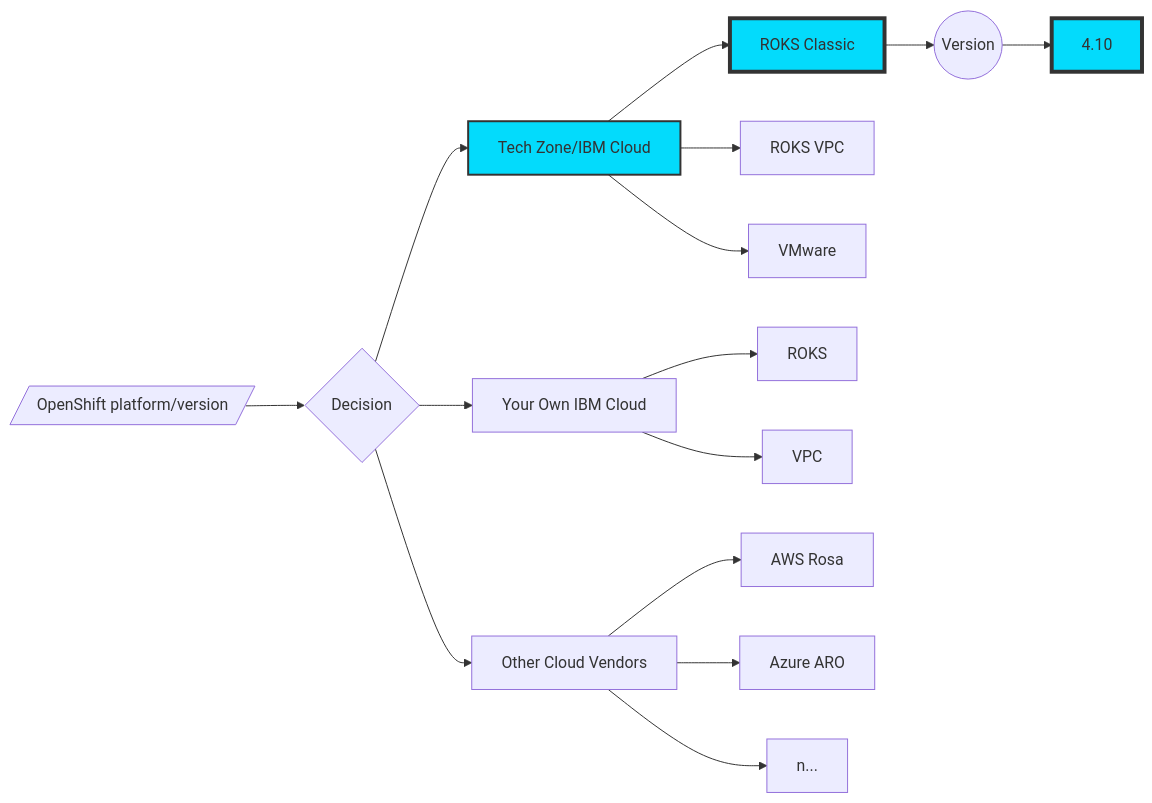
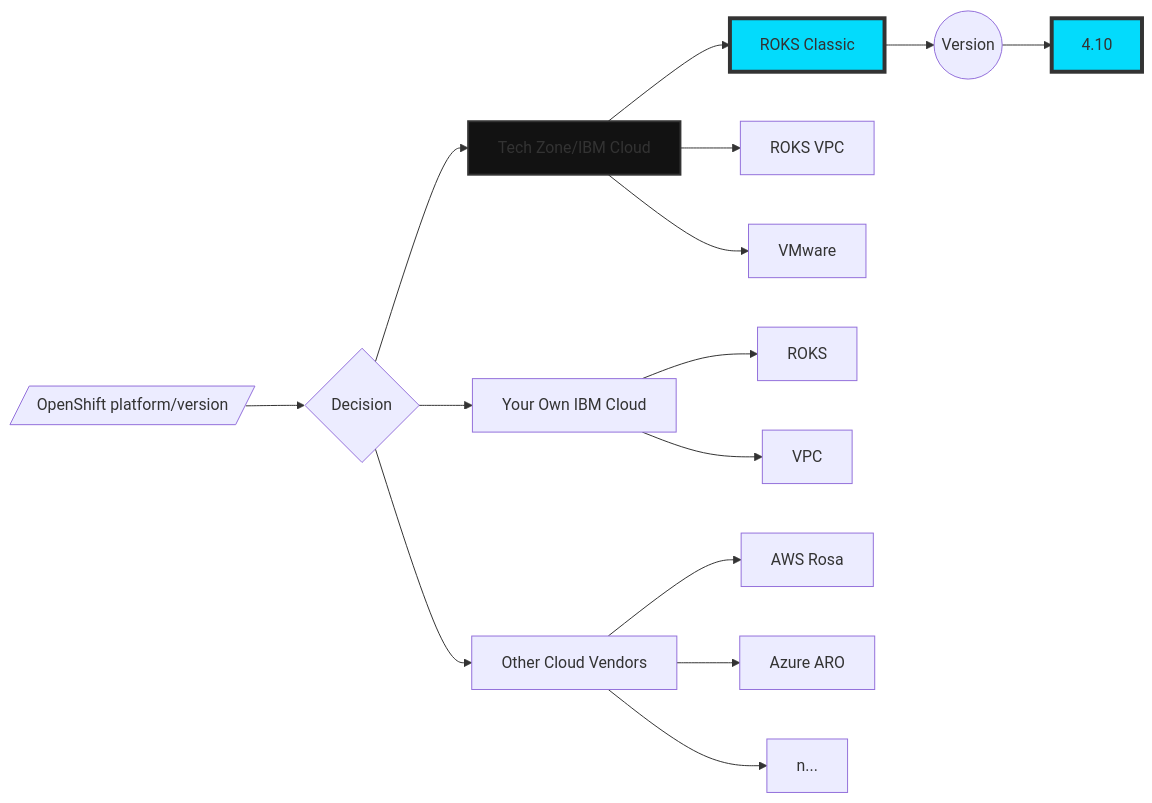
The first of 4 diagrams in IBM_Tririga_Application_Suite_11_3_ROKS.md (IBM/my-tas-cookbook), drawn with Mermaid before and after one commit.

````diff
--- a/IBM_Tririga_Application_Suite_11_3_ROKS.md
+++ b/IBM_Tririga_Application_Suite_11_3_ROKS.md
@@ -81,17 +81,17 @@
 ```mermaid
 flowchart LR
     id1[/OpenShift platform/version/] --> B{Decision}
     B --> C[Tech Zone/IBM Cloud] --> D[ROKS Classic] --> E((Version)) --> F[4.10]
     C --> G[ROKS VPC]
     C --> H[VMware]
     B --> I[Your Own IBM Cloud]
     I --> J[ROKS]
     I --> K[VPC]
     B --> L[Other Cloud Vendors]
     L --> M[AWS Rosa]
     L --> N[Azure ARO]
     L --> O[n...]
-    style C fill:#03dbfc,stroke:#333,stroke-width:2px
+    style C fill:#121212,stroke:#333,stroke-width:2px
     style D fill:#03dbfc,stroke:#333,stroke-width:4px
     style F fill:#03dbfc,stroke:#333,stroke-width:4px
 ```
````
